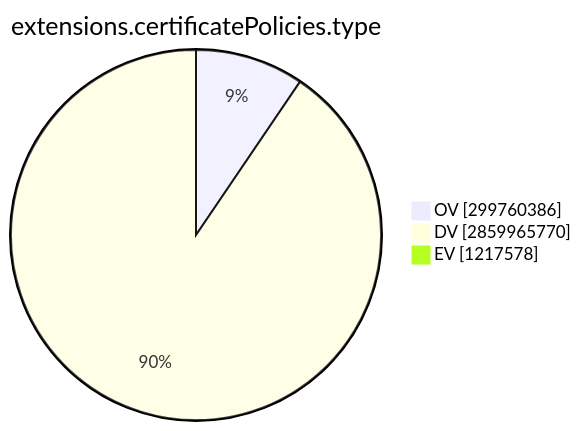
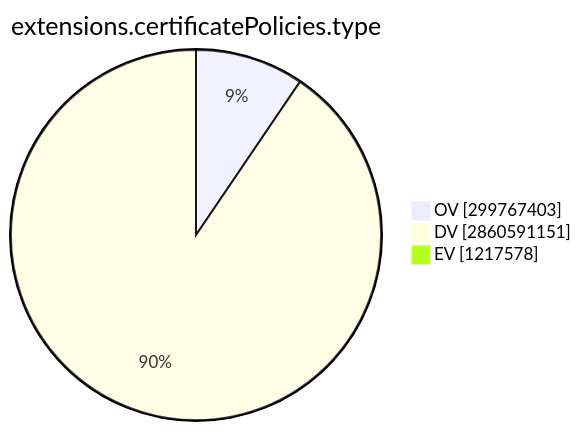
One commit to christiankrug/ctmonitor_visualization changed the ninth of 15 diagrams in TOTAL/README.md. Above: the diagram before and after it, drawn with Mermaid. The commit also changed other lines of this file, not shown here.

````diff
--- a/TOTAL/README.md
+++ b/TOTAL/README.md
@@ -3101,7 +3101,7 @@
 ```mermaid
 pie showData
 title extensions.certificatePolicies.type
-"OV" :299760386
-"DV" :2859965770
+"OV" :299767403
+"DV" :2860591151
 "EV" :1217578
 ```
````
